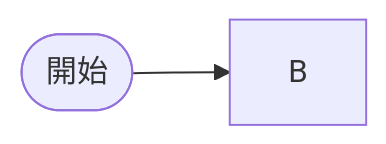
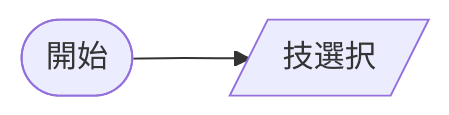
The first of 3 diagrams in README.md (tpu-game-2023/mermaid_test), drawn with Mermaid before and after one commit.

Commit message:
見取り図B枠文字入れ確認

````diff
--- a/README.md
+++ b/README.md
@@ -20,5 +20,5 @@
 ```mermaid
 flowchart LR;
-   A([開始]) --> B;
+   A([開始]) --> B[/技選択/];
    
 ```
````
